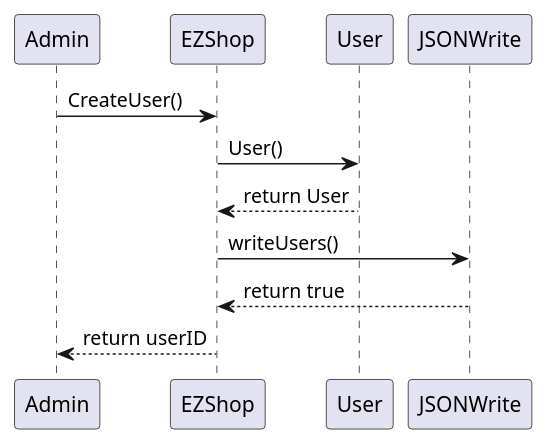
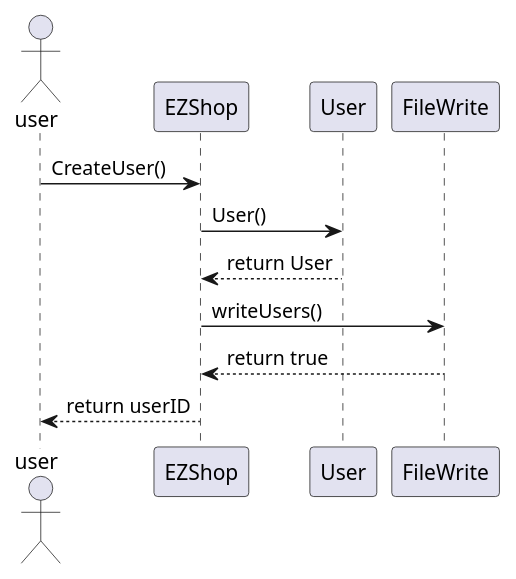
The sixth of 28 diagrams in Deliverables/DesignDocument.md (giuseppesalvi/ezshop), drawn with PlantUML before and after one commit. The commit also changed other lines of this file, not shown here.

Commit message:
Update DesignDocument.md: sequence diagram, class diagram, package diagram

````diff
--- a/Deliverables/DesignDocument.md
+++ b/Deliverables/DesignDocument.md
@@ -327,14 +332,14 @@
 ```plantuml
 @startuml
-participant Admin
+actor user
 participant EZShop
 participant User
-participant JSONWrite
-Admin -> EZShop : CreateUser()
+participant FileWrite
+user -> EZShop : CreateUser()
 EZShop -> User : User()
 EZShop <-- User : return User
-EZShop -> JSONWrite : writeUsers()
-EZShop <-- JSONWrite : return true
-Admin <-- EZShop : return userID
+EZShop -> FileWrite : writeUsers()
+EZShop <-- FileWrite : return true
+user <-- EZShop : return userID
 @enduml
 ```
````
